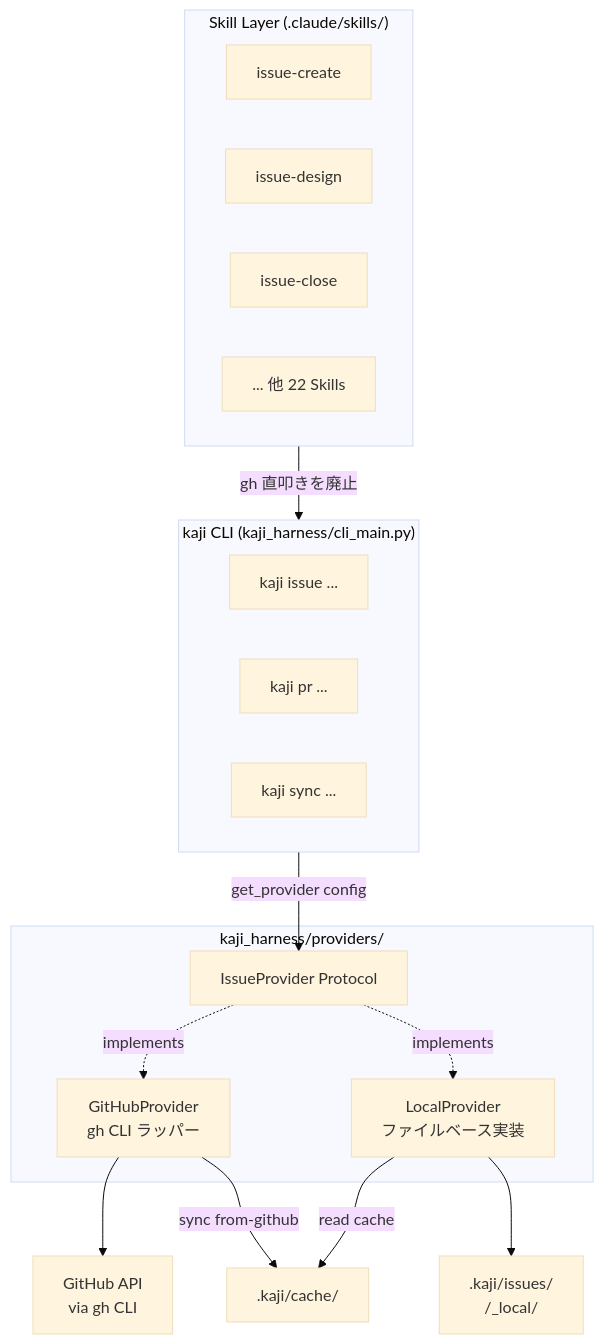
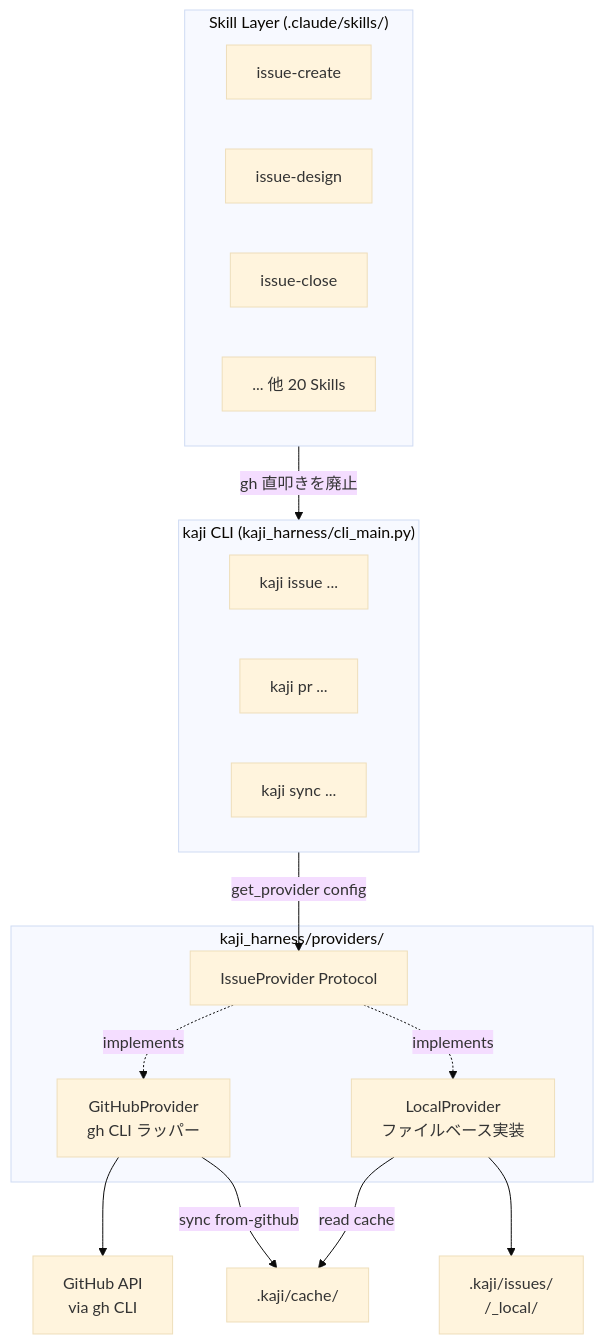
Before and after one commit to apokamo/kaji: the first of 4 diagrams in draft/design/local-mode/design.md, drawn with Mermaid (base theme). The commit also changed other lines of this file, not shown here.

````diff
--- a/draft/design/local-mode/design.md
+++ b/draft/design/local-mode/design.md
@@ -452,31 +533,31 @@
 ```mermaid
 flowchart TB
     subgraph SkillLayer["Skill Layer (.claude/skills/)"]
         S1[issue-create]
         S2[issue-design]
         S3[issue-close]
-        Sn[... 他 22 Skills]
+        Sn[... 他 20 Skills]
     end
     subgraph CLI["kaji CLI (kaji_harness/cli_main.py)"]
         IC[kaji issue ...]
         PC[kaji pr ...]
         SC[kaji sync ...]
     end
     subgraph Providers["kaji_harness/providers/"]
         Base[IssueProvider Protocol]
         GH[GitHubProvider\ngh CLI ラッパー]
         LO[LocalProvider\nファイルベース実装]
     end
     Storage1[".kaji/issues/\n<artifacts_dir>/_local/"]
     Storage2[".kaji/cache/"]
     GHAPI[GitHub API\nvia gh CLI]
 
     SkillLayer -->|gh 直叩きを廃止| CLI
     CLI -->|get_provider config| Base
     Base -.->|implements| GH
     Base -.->|implements| LO
     GH --> GHAPI
     GH -->|sync from-github| Storage2
     LO --> Storage1
     LO -->|read cache| Storage2
 ```
````
